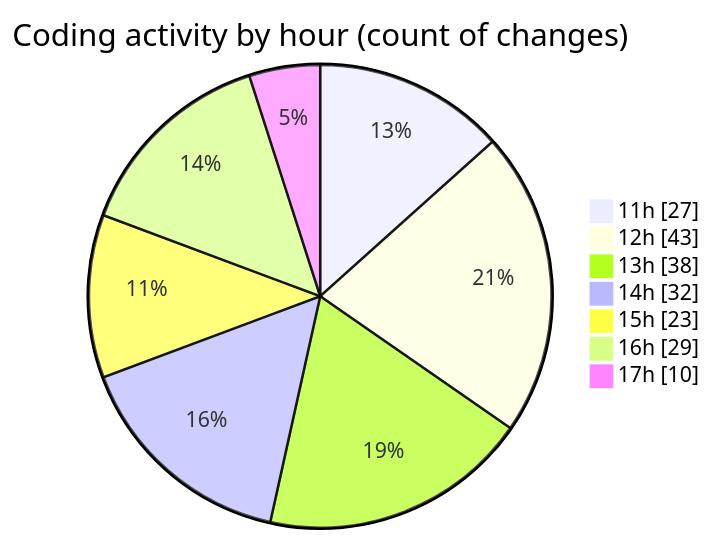
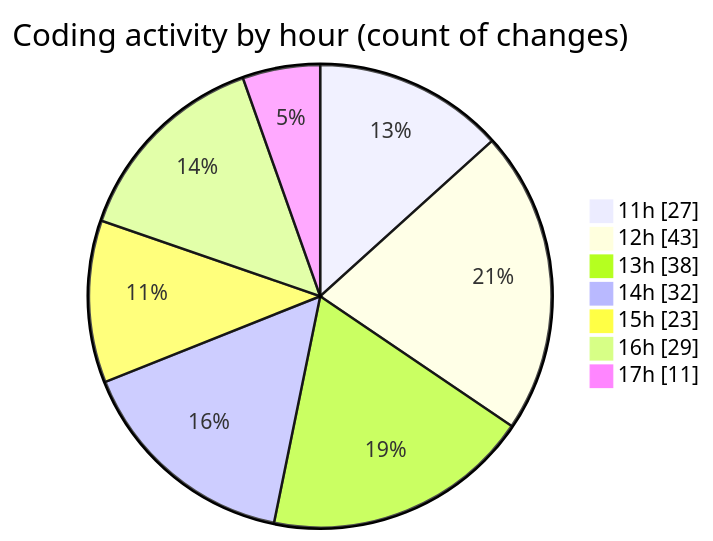
The second of 2 diagrams in 2026-01-05/cda/README.md (momahboobian/code-tracking), drawn with Mermaid before and after one commit. The commit also changed other lines of this file and 1 other file, not shown here.

````diff
--- a/2026-01-05/cda/README.md
+++ b/2026-01-05/cda/README.md
@@ -49,11 +49,11 @@
 ```mermaid
 pie showData
 title Coding activity by hour (count of changes)
 "11h" : 27
 "12h" : 43
 "13h" : 38
 "14h" : 32
 "15h" : 23
 "16h" : 29
-"17h" : 10
+"17h" : 11
 ```
````
